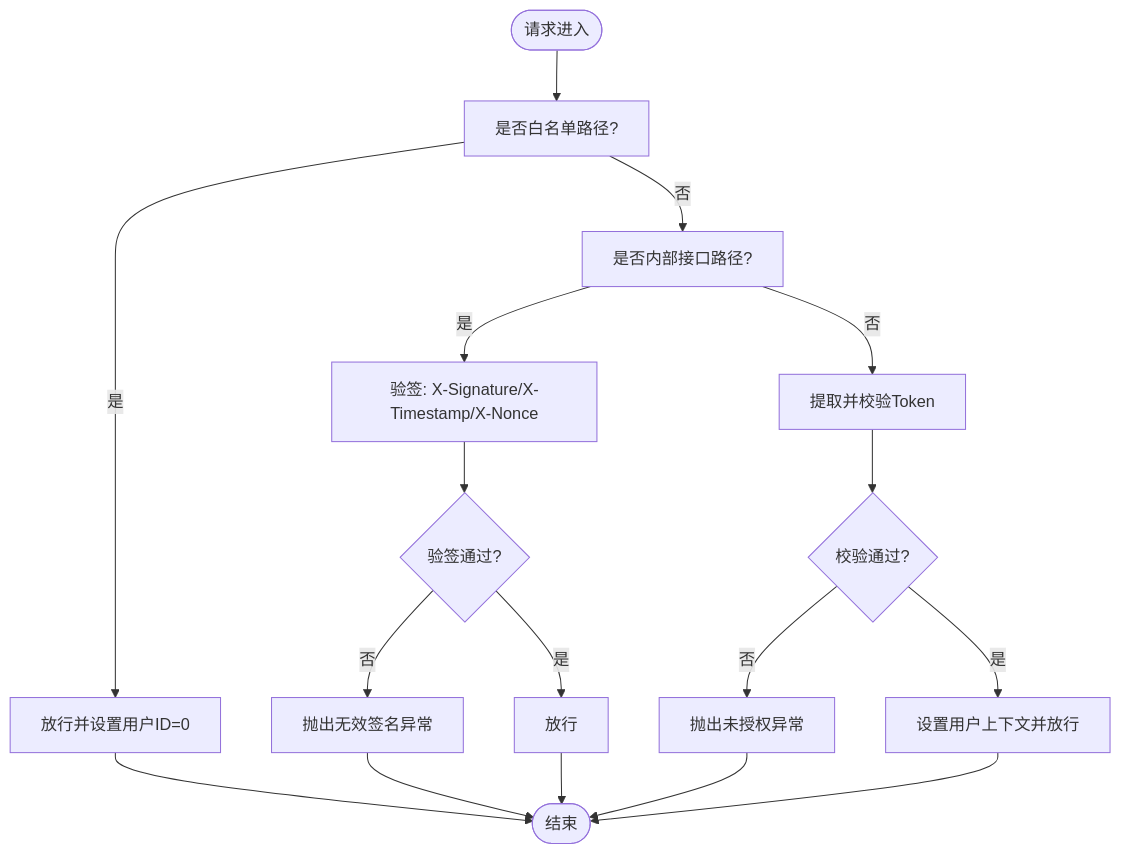
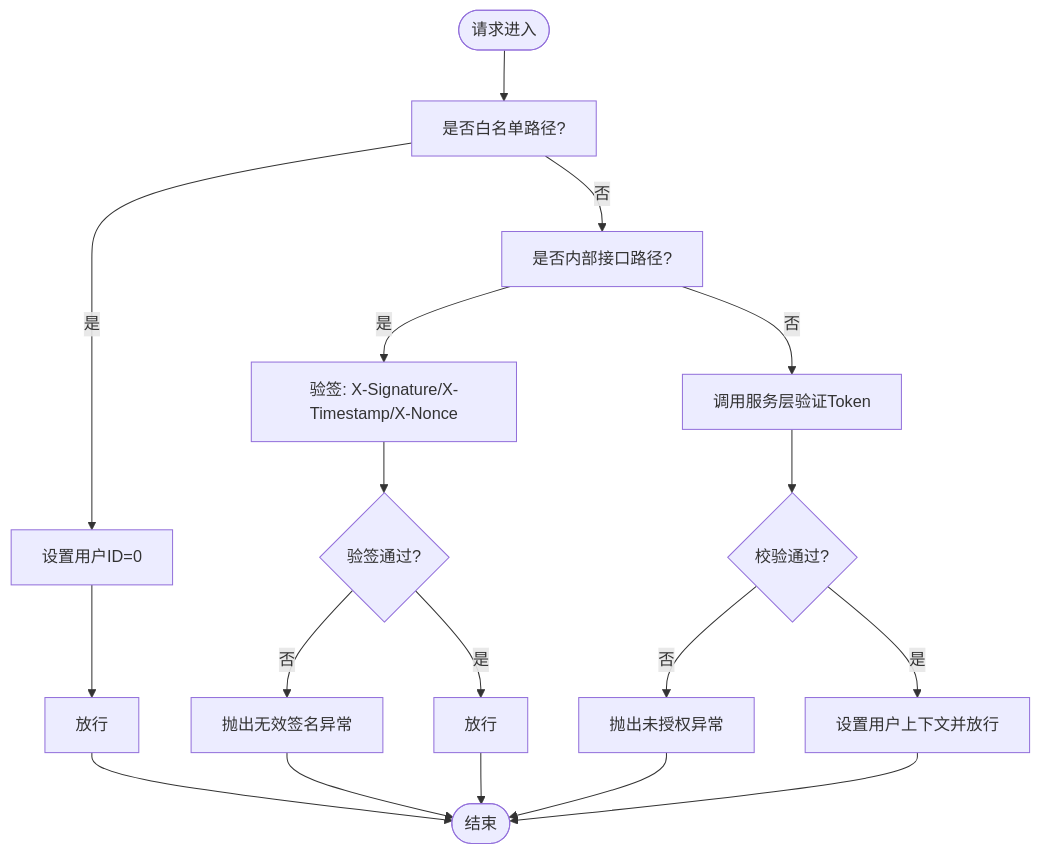
The fifth of 9 diagrams in .qoder/repowiki/zh/content/安全认证机制/安全认证机制.md (lilinzezzzzzz/fastapi-backend), drawn with Mermaid before and after one commit. The commit also changed other lines of this file and 42 other files, not shown here.

````diff
--- a/.qoder/repowiki/zh/content/安全认证机制/安全认证机制.md
+++ b/.qoder/repowiki/zh/content/安全认证机制/安全认证机制.md
@@ -227,19 +255,19 @@
 ```mermaid
 flowchart TD
 Start(["请求进入"]) --> CheckWhite["是否白名单路径?"]
-CheckWhite --> |是| Allow1["放行并设置用户ID=0"]
+CheckWhite --> |是| SetZero["设置用户ID=0"] --> Allow1["放行"]
 CheckWhite --> |否| CheckInternal["是否内部接口路径?"]
 CheckInternal --> |是| VerifySig["验签: X-Signature/X-Timestamp/X-Nonce"]
 VerifySig --> SigOK{"验签通过?"}
 SigOK --> |否| Deny1["抛出无效签名异常"]
 SigOK --> |是| Allow2["放行"]
-CheckInternal --> |否| VerifyToken["提取并校验Token"]
+CheckInternal --> |否| VerifyToken["调用服务层验证Token"]
 VerifyToken --> TokenOK{"校验通过?"}
 TokenOK --> |否| Deny2["抛出未授权异常"]
 TokenOK --> |是| SetCtx["设置用户上下文并放行"]
 Allow1 --> End(["结束"])
 Allow2 --> End
 SetCtx --> End
 Deny1 --> End
 Deny2 --> End
 ```
````
